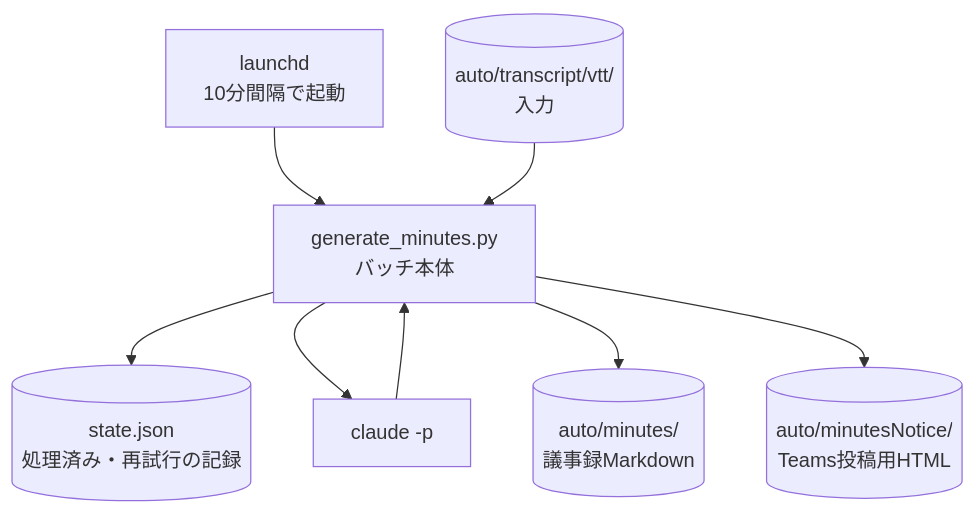
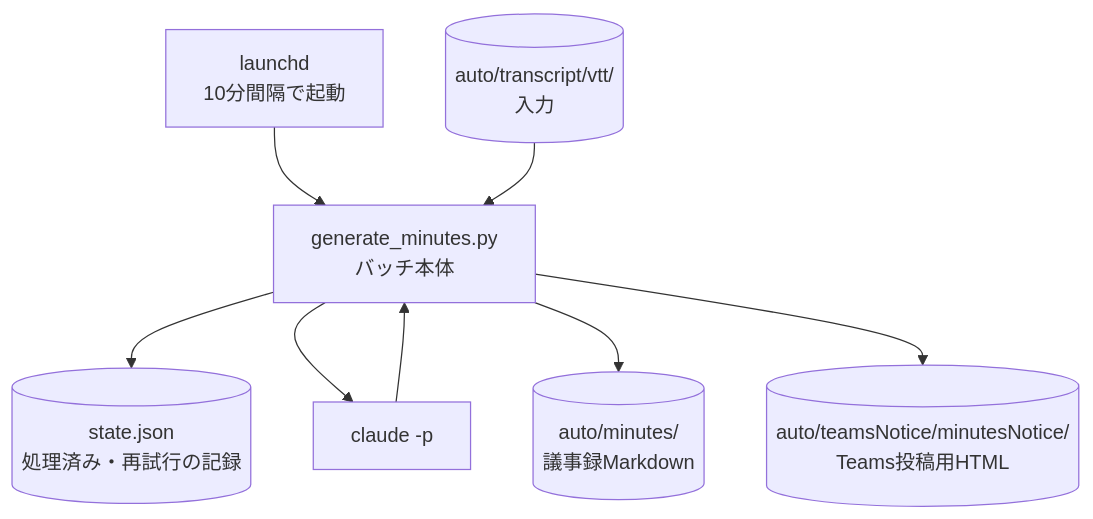
The second of 2 diagrams in apps/meeting-minutes-generator/specs/architecture.md (dnode-ryosuke-yamazaki/study), drawn with Mermaid before and after one commit. The commit also changed other lines of this file and 6 other files, not shown here.

````diff
--- a/apps/meeting-minutes-generator/specs/architecture.md
+++ b/apps/meeting-minutes-generator/specs/architecture.md
@@ -37,18 +37,18 @@
 ```mermaid
 flowchart TB
     launchd["launchd<br>10分間隔で起動"]
     batch["generate_minutes.py<br>バッチ本体"]
     state[("state.json<br>処理済み・再試行の記録")]
     vtt[("auto/transcript/vtt/<br>入力")]
     minutes[("auto/minutes/<br>議事録Markdown")]
-    notice[("auto/minutesNotice/<br>Teams投稿用HTML")]
+    notice[("auto/teamsNotice/minutesNotice/<br>Teams投稿用HTML")]
     claude["claude -p"]
 
     launchd --> batch
     batch --> state
     vtt --> batch
     batch --> claude
     claude --> batch
     batch --> minutes
     batch --> notice
 ```
````
